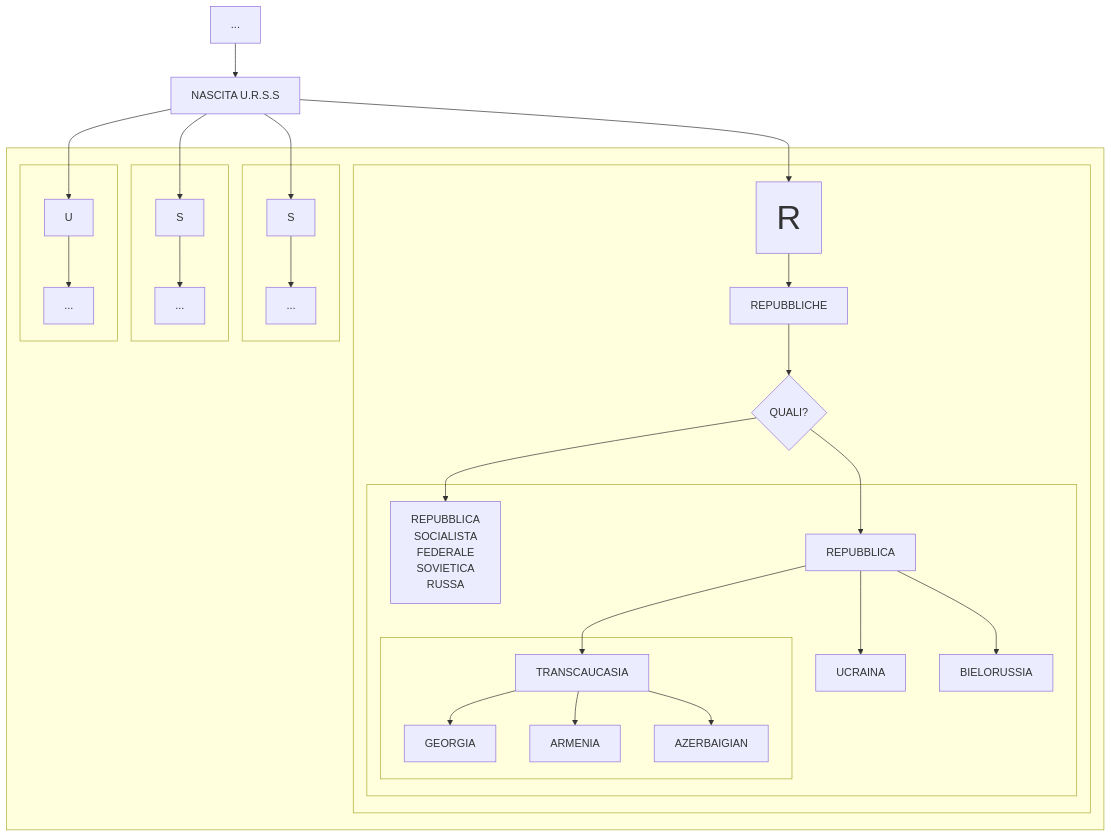
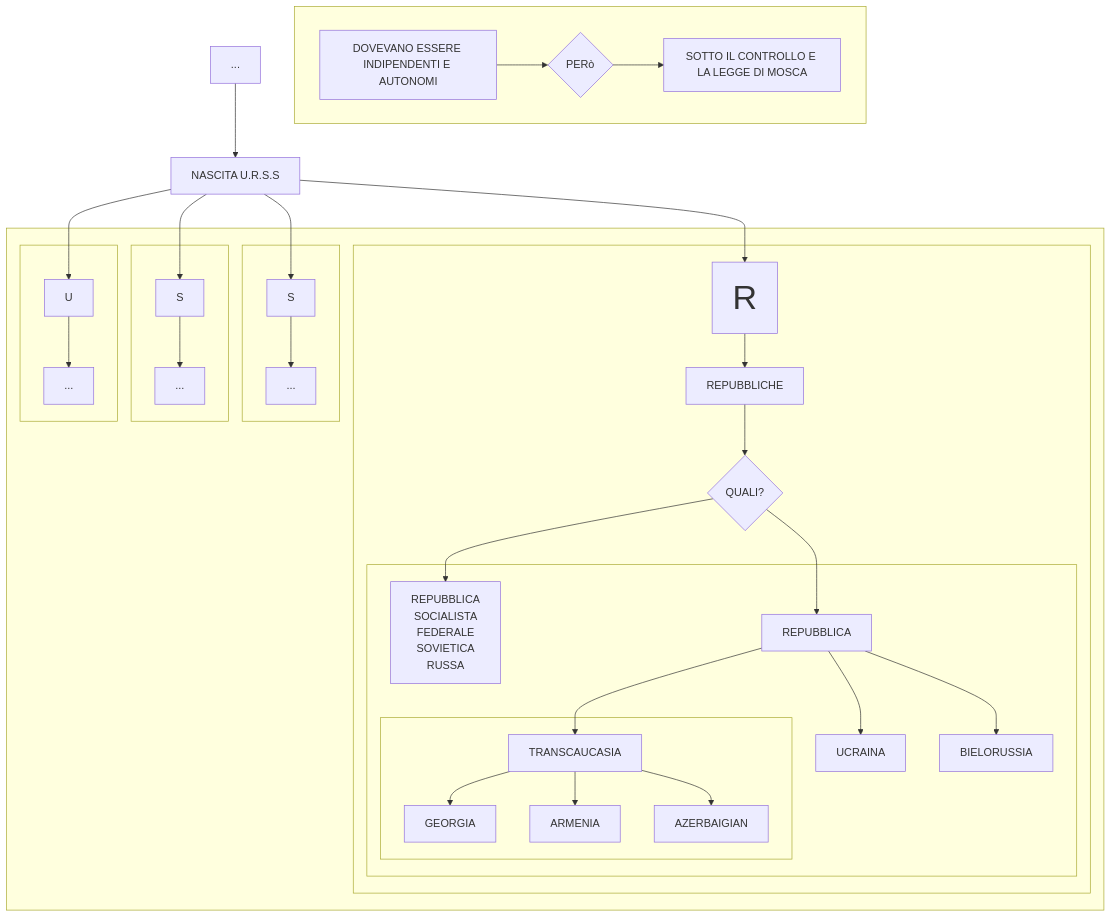
The diagram in prova.md (Laaouatni/ricerca-storia-MermaidJS), drawn with Mermaid before and after one commit.

````diff
--- a/prova.md
+++ b/prova.md
@@ -1,44 +1,50 @@
 ```mermaid
 flowchart TB
   classDef classGrande font-size: 50px;
   0[...]
   1[NASCITA U.R.S.S]
   subgraph 15[" "]
     subgraph 10[" "]
       100[U]
       1000[...]
       100 --> 1000
     end
     subgraph 22[" "]
       220[R]:::classGrande
       2200[REPUBBLICHE]
       22000{QUALI?}
       subgraph 3[" "]
           30[REPUBBLICA <br> SOCIALISTA <br> FEDERALE <br> SOVIETICA <br> RUSSA]
           31[REPUBBLICA]
           310[UCRAINA]
           311[BIELORUSSIA]
           subgraph 4[" "]
               312[TRANSCAUCASIA]
               3120[GEORGIA]
               3121[ARMENIA]
               3122[AZERBAIGIAN]
           end
           312 --> 3120 & 3121 & 3122
           31 --> 310 & 311 & 312
       end
       220 --> 2200 --> 22000 --> 30 & 31
     end
     subgraph 12[" "]
       120[S]
       1200[...]
       120 --> 1200
     end
     subgraph 13[" "]
       130[S]
       1300[...]
       130 --> 1300
     end
   end
   0 --> 1 --> 100 & 220 & 120 & 130
+  subgraph 6[" "]
+    5[DOVEVANO ESSERE INDIPENDENTI E AUTONOMI]
+    50{PERò}
+    500[SOTTO IL CONTROLLO E LA LEGGE DI MOSCA]
+    5 --> 50 --> 500
+  end
 ```
````
